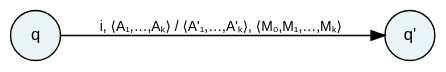
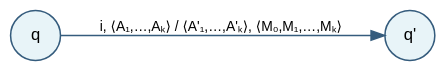
The third of 19 diagrams in semester-2/Theoretical Computer Science/8.qmd (p0dyakov/inno_notes), drawn with Graphviz before and after one commit. The commit also changed other lines of this file and 191 other files, not shown here.

````diff
--- a/semester-2/Theoretical Computer Science/8.qmd
+++ b/semester-2/Theoretical Computer Science/8.qmd
@@ -234,16 +232,16 @@
 ```{dot}
 //| fig-cap: "Graphical representation of a TM transition: reading input i, tape symbols A₁…Aₖ, writing A'₁…A'ₖ, moving heads M₀…Mₖ"
 //| fig-width: 5
 //| fig-height: 1
 digraph tm_transition {
   rankdir=LR;
   bgcolor="transparent";
-  node [fontname="Helvetica", fontsize=12, shape=circle, style=filled, fillcolor="#e8f4f8"];
-  edge [fontname="Helvetica", fontsize=10];
+  node [fontname="Helvetica", fontsize=12, shape=circle, style=filled, fillcolor="#e8f4f8", color="#355c7d", penwidth=1.1];
+  edge [fontname="Helvetica", fontsize=10, color="#355c7d"];
 
   q  [label="q"];
   qp [label="q'"];
 
   q -> qp [label="  i, ⟨A₁,…,Aₖ⟩ / ⟨A'₁,…,A'ₖ⟩, ⟨M₀,M₁,…,Mₖ⟩  "];
 }
 ```
````
